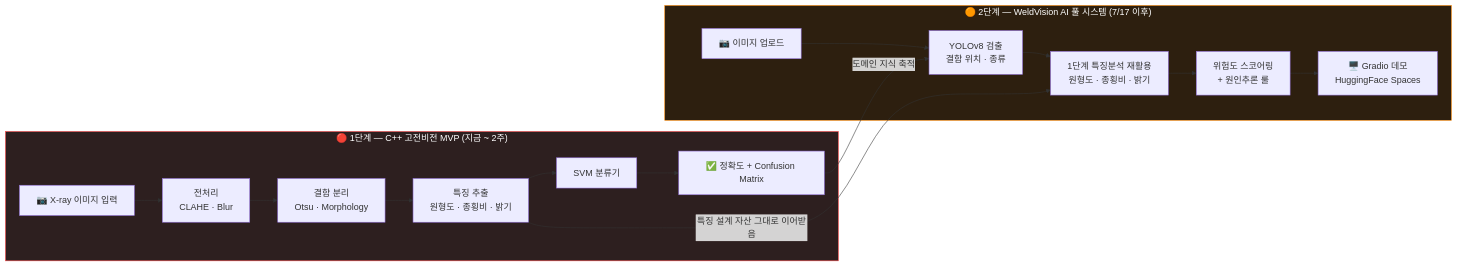
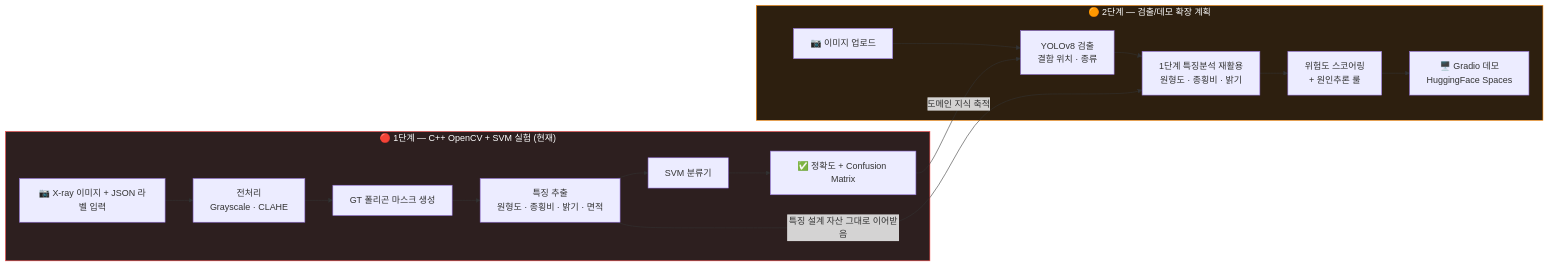
The first of 4 diagrams in README.md (hoilycat/welding-defect-detection), drawn with Mermaid before and after one commit. The commit also changed other lines of this file, not shown here.

````diff
--- a/README.md
+++ b/README.md
@@ -19,23 +20,23 @@
 ```mermaid
 flowchart LR
-    subgraph S1["🔴 1단계 — C++ 고전비전 MVP (지금 ~ 2주)"]
-        A[📷 X-ray 이미지 입력] --> B[전처리\nCLAHE · Blur]
-        B --> C[결함 분리\nOtsu · Morphology]
-        C --> D[특징 추출\n원형도 · 종횡비 · 밝기]
+    subgraph S1["🔴 1단계 — C++ OpenCV + SVM 실험 (현재)"]
+        A[📷 X-ray 이미지 + JSON 라벨 입력] --> B[전처리\nGrayscale · CLAHE]
+        B --> C[GT 폴리곤 마스크 생성]
+        C --> D[특징 추출\n원형도 · 종횡비 · 밝기 · 면적]
         D --> E[SVM 분류기]
         E --> F[✅ 정확도 + Confusion Matrix]
     end
 
-    subgraph S2["🟠 2단계 — WeldVision AI 풀 시스템 (7/17 이후)"]
+    subgraph S2["🟠 2단계 — 검출/데모 확장 계획"]
         G[📷 이미지 업로드] --> H[YOLOv8 검출\n결함 위치 · 종류]
         H --> I[1단계 특징분석 재활용\n원형도 · 종횡비 · 밝기]
         I --> J[위험도 스코어링\n+ 원인추론 룰]
         J --> K[🖥️ Gradio 데모\nHuggingFace Spaces]
     end
 
     D -- "특징 설계 자산 그대로 이어받음" --> I
     F -- "도메인 지식 축적" --> H
 
     style S1 fill:#2d1f1f,stroke:#ff4444,color:#fff
     style S2 fill:#2d1f0f,stroke:#ff8800,color:#fff
 ```
````
